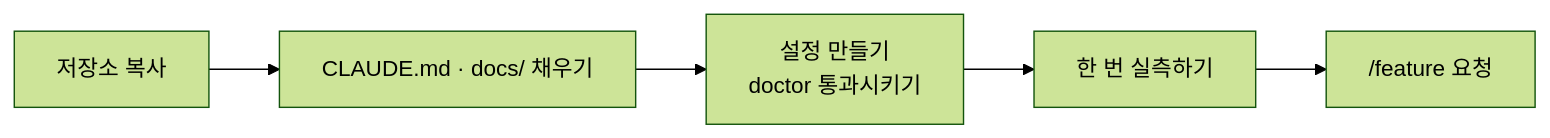
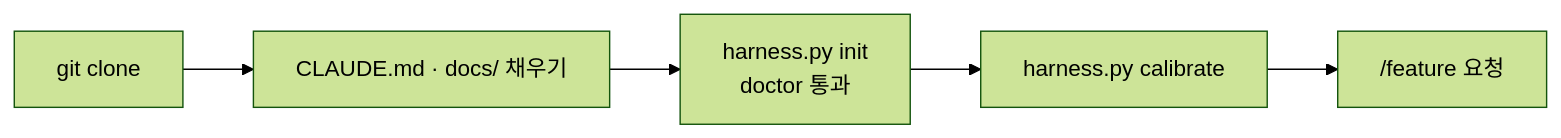
The first of 2 diagrams in README.md (hyuham1335-stack/banana-island-ops), drawn with Mermaid (forest theme) before and after one commit. The commit also changed other lines of this file, not shown here.

````diff
--- a/README.md
+++ b/README.md
@@ -62,7 +55,7 @@
 ```mermaid
 flowchart LR
-    C["저장소 복사"] --> D["CLAUDE.md · docs/ 채우기"]
-    D --> I["설정 만들기<br/>doctor 통과시키기"]
-    I --> K["한 번 실측하기"]
+    C["git clone"] --> D["CLAUDE.md · docs/ 채우기"]
+    D --> I["harness.py init<br/>doctor 통과"]
+    I --> K["harness.py calibrate"]
     K --> R["/feature 요청"]
 ```
````
